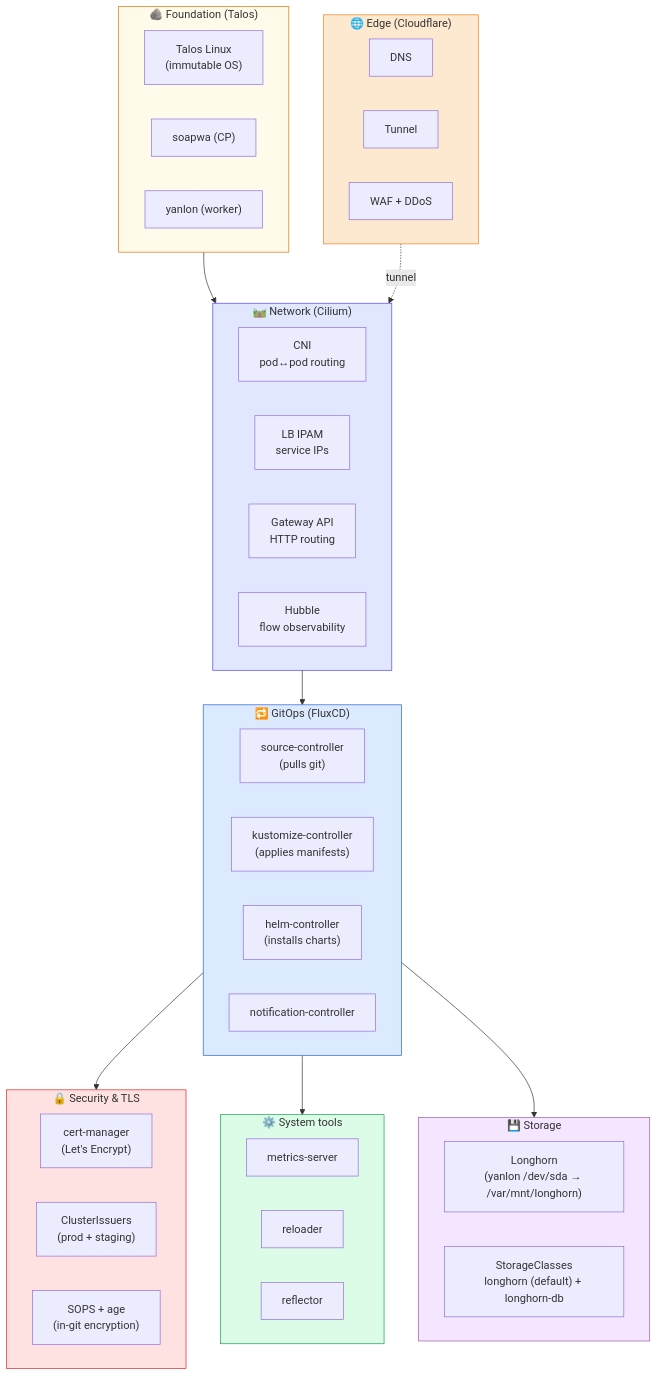
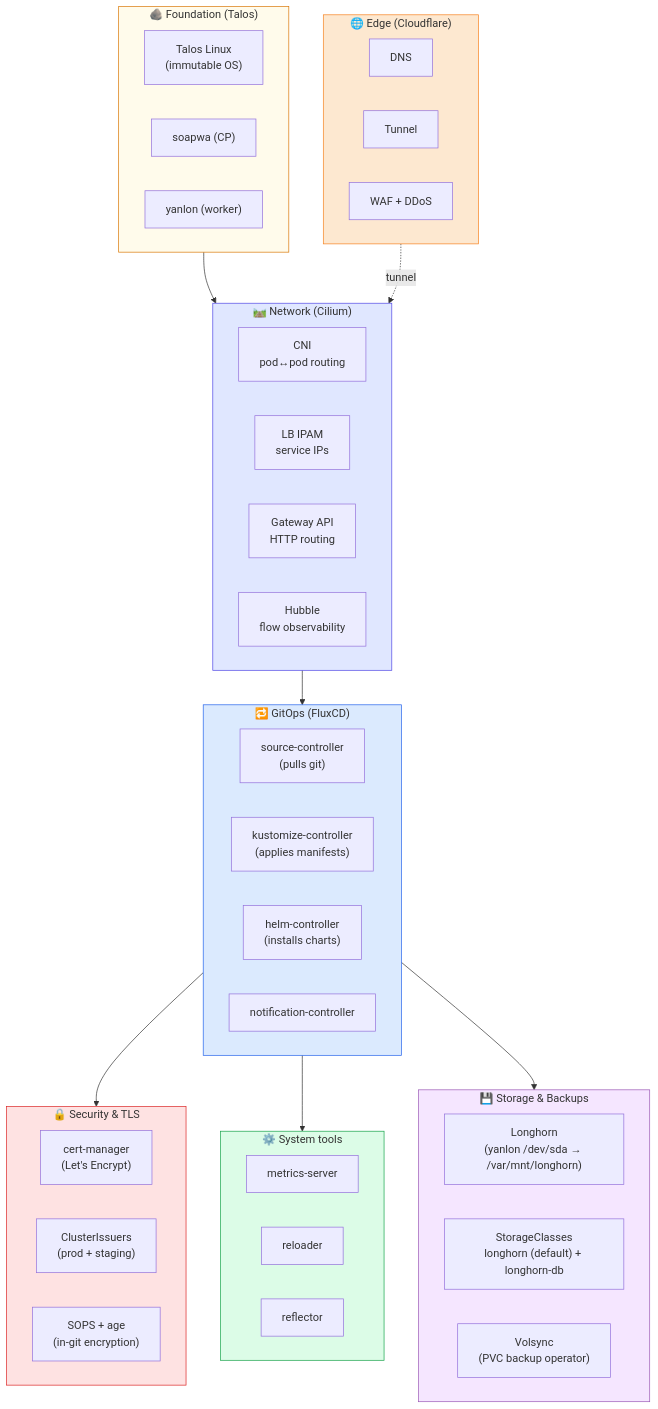
The first of 5 diagrams in docs/architecture.md (wajeht/home-ops), drawn with Mermaid before and after one commit. The commit also changed other lines of this file and 12 other files, not shown here.

Commit message:
feat(volsync-system): add volsync operator and documentation

````diff
--- a/docs/architecture.md
+++ b/docs/architecture.md
@@ -17,60 +17,61 @@
 ```mermaid
 flowchart TB
     subgraph OS["🪨 Foundation (Talos)"]
         talos["Talos Linux<br/>(immutable OS)"]
         soapwa["soapwa (CP)"]
         yanlon["yanlon (worker)"]
     end
 
     subgraph NET["🛤️ Network (Cilium)"]
         cilium_cni["CNI<br/>pod↔pod routing"]
         cilium_lb["LB IPAM<br/>service IPs"]
         cilium_gw["Gateway API<br/>HTTP routing"]
         hubble["Hubble<br/>flow observability"]
     end
 
     subgraph GITOPS["🔁 GitOps (FluxCD)"]
         flux_src["source-controller<br/>(pulls git)"]
         flux_kust["kustomize-controller<br/>(applies manifests)"]
         flux_helm["helm-controller<br/>(installs charts)"]
         flux_notif["notification-controller"]
     end
 
     subgraph EDGE["🌐 Edge (Cloudflare)"]
         cf_dns["DNS"]
         cf_tunnel["Tunnel"]
         cf_waf["WAF + DDoS"]
     end
 
     subgraph SEC["🔒 Security & TLS"]
         certmgr["cert-manager<br/>(Let's Encrypt)"]
         clusterissuer["ClusterIssuers<br/>(prod + staging)"]
         sops["SOPS + age<br/>(in-git encryption)"]
     end
 
     subgraph SYS["⚙️ System tools"]
         metrics["metrics-server"]
         reloader["reloader"]
         reflector["reflector"]
     end
 
-    subgraph STORAGE["💾 Storage"]
+    subgraph STORAGE["💾 Storage & Backups"]
         longhorn["Longhorn<br/>(yanlon /dev/sda → /var/mnt/longhorn)"]
         sc["StorageClasses<br/>longhorn (default) + longhorn-db"]
+        volsync["Volsync<br/>(PVC backup operator)"]
     end
 
     OS --> NET
     NET --> GITOPS
     GITOPS --> SEC
     GITOPS --> SYS
     GITOPS --> STORAGE
     EDGE -.->|tunnel| NET
 
     style OS fill:#fffbeb,stroke:#d97706
     style NET fill:#e0e7ff,stroke:#4f46e5
     style GITOPS fill:#dbeafe,stroke:#2563eb
     style EDGE fill:#fde8d0,stroke:#f6821f
     style SEC fill:#fee2e2,stroke:#dc2626
     style SYS fill:#dcfce7,stroke:#16a34a
     style STORAGE fill:#f5e6ff,stroke:#9b59b6
 ```
````
